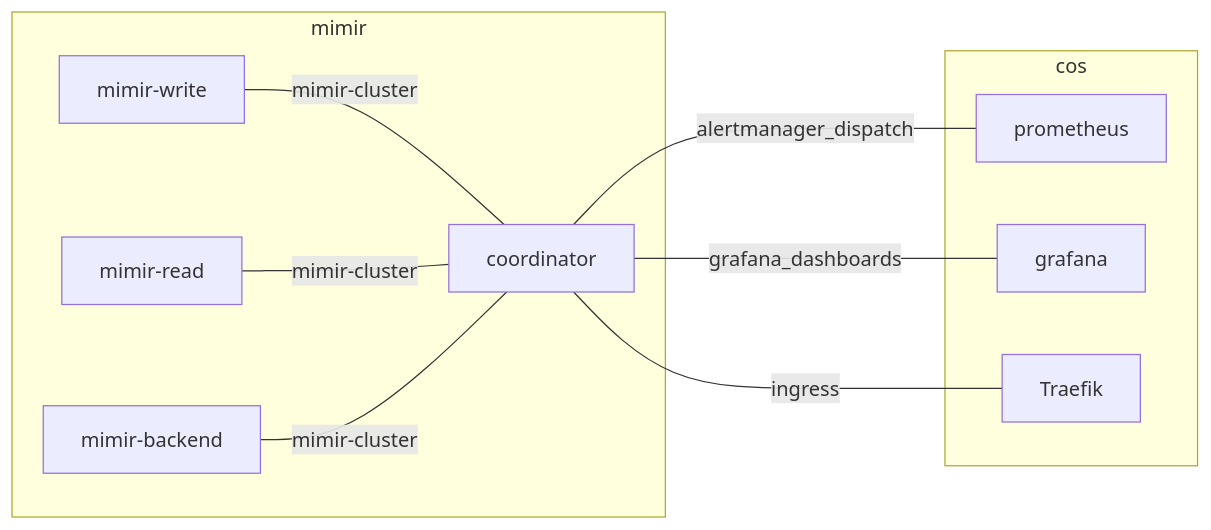
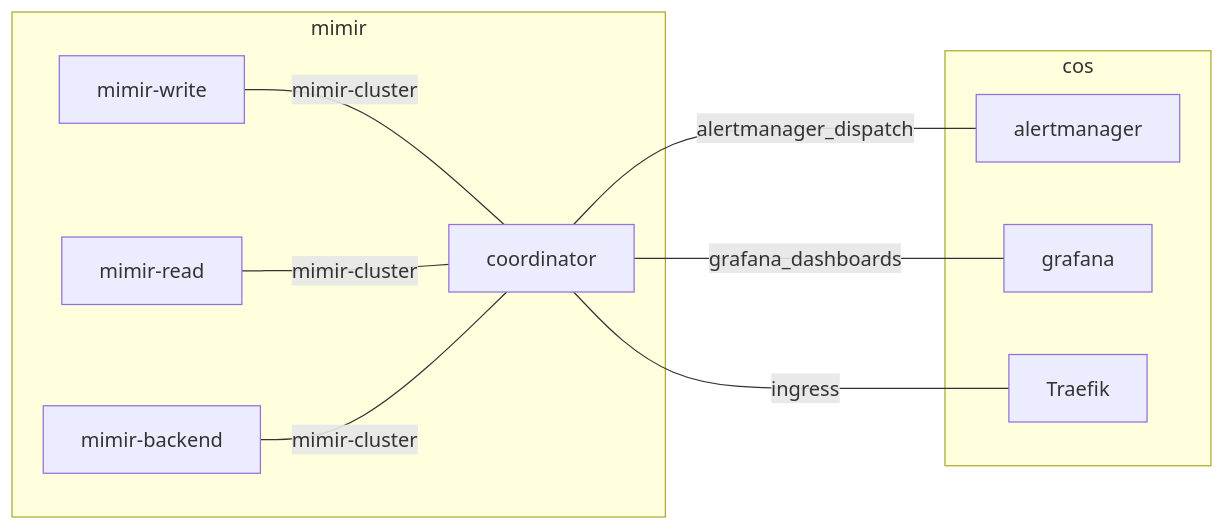
One commit to canonical/observability-stack changed the diagram in docs/explanation/architecture/coordinated-workers.md. Above: the diagram before and after it, drawn with Mermaid. The commit also changed 2 other files, not shown here.

Commit message:
fix: use sentence case

````diff
--- a/docs/explanation/architecture/coordinated-workers.md
+++ b/docs/explanation/architecture/coordinated-workers.md
@@ -36,15 +36,15 @@
 ```{mermaid}
 graph LR
 
 subgraph mimir
 mimir-write ---|mimir-cluster| coordinator
 mimir-read ---|mimir-cluster| coordinator
 mimir-backend ---|mimir-cluster| coordinator
 end
 
 subgraph cos
-coordinator ---|alertmanager_dispatch| prometheus
+coordinator ---|alertmanager_dispatch| alertmanager
 coordinator ---|grafana_dashboards| grafana
 coordinator ---|ingress| Traefik
 end
 ```
````
